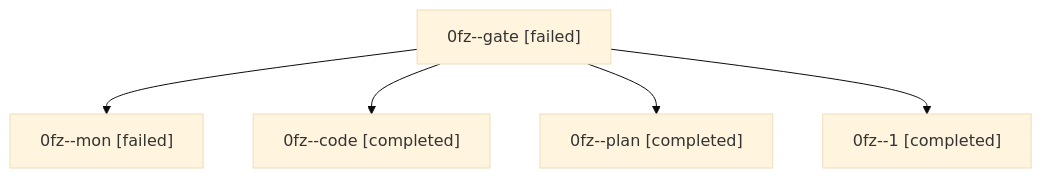
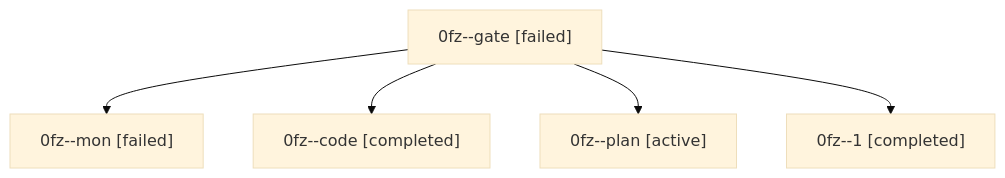
The diagram in families/bbugyi200.athena.0fz.md (sase-org/sase--agents), drawn with Mermaid (base theme) before and after one commit. The commit also changed other lines of this file and 35830 other files, not shown here.

````diff
--- a/families/bbugyi200.athena.0fz.md
+++ b/families/bbugyi200.athena.0fz.md
@@ -9,12 +9,12 @@
 ```mermaid
 flowchart TD
   n0["0fz--gate [failed]"]
   n1["0fz--mon [failed]"]
   n0 --> n1
   n2["0fz--code [completed]"]
   n0 --> n2
-  n3["0fz--plan [completed]"]
+  n3["0fz--plan [active]"]
   n0 --> n3
   n4["0fz--1 [completed]"]
   n0 --> n4
 ```
````
